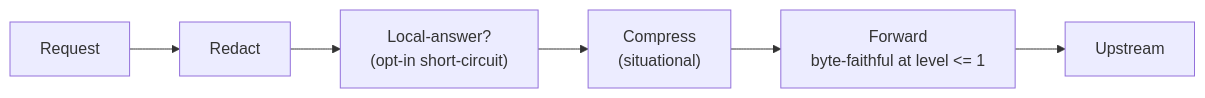
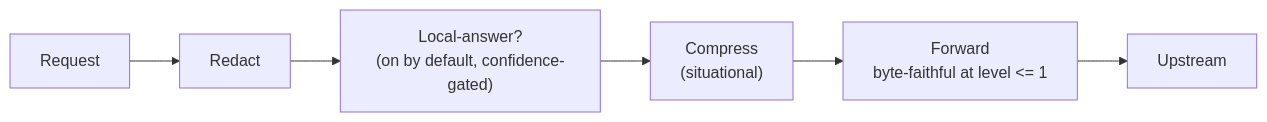
Before and after one commit to PliableSoftware/golem: the second of 2 diagrams in README.md, drawn with Mermaid. The commit also changed other lines of this file and 2 other files, not shown here.

````diff
--- a/README.md
+++ b/README.md
@@ -40,4 +40,4 @@
 ```mermaid
 flowchart LR
-  R["Request"] --> RD["Redact"] --> LA["Local-answer?<br/>(opt-in short-circuit)"] --> CO["Compress<br/>(situational)"] --> FW["Forward<br/>byte-faithful at level <= 1"] --> UP["Upstream"]
+  R["Request"] --> RD["Redact"] --> LA["Local-answer?<br/>(on by default, confidence-gated)"] --> CO["Compress<br/>(situational)"] --> FW["Forward<br/>byte-faithful at level <= 1"] --> UP["Upstream"]
 ```
````
